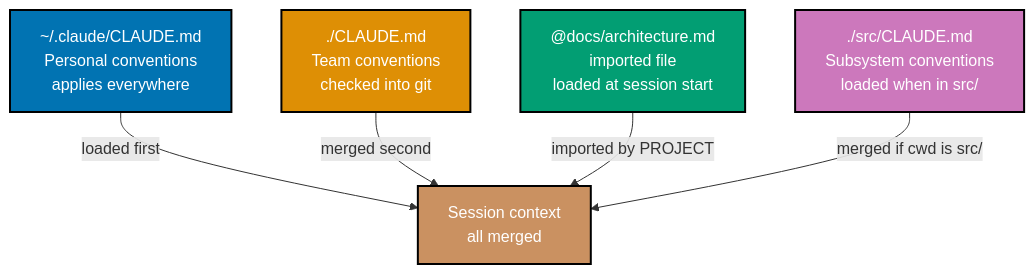
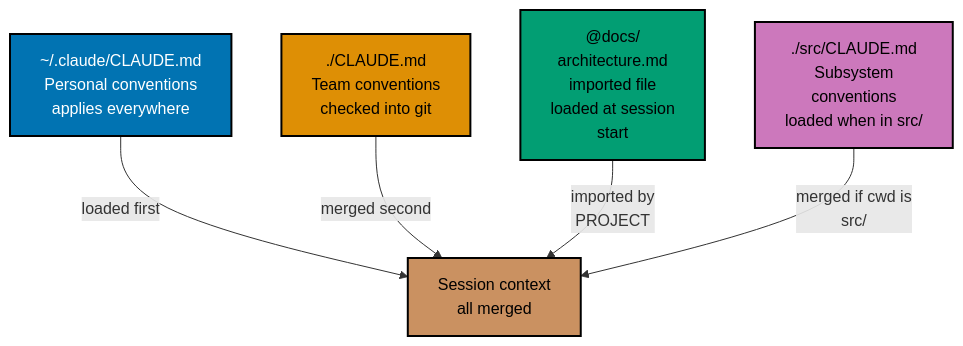
The first of 8 diagrams in apps/ayokoding-www/content/en/learn/legacy/artificial-intelligence/tools/claude-code/by-concept/intermediate.md (wahidyankf/ose-public), drawn with Mermaid before and after one commit. The commit also changed other lines of this file and 50 other files, not shown here.

First line of the commit message:
fix(mermaid): bring the docs, governance, plans, and legacy AI diagrams onto the accessible palette

````diff
--- a/apps/ayokoding-www/content/en/learn/legacy/artificial-intelligence/tools/claude-code/by-concept/intermediate.md
+++ b/apps/ayokoding-www/content/en/learn/legacy/artificial-intelligence/tools/claude-code/by-concept/intermediate.md
@@ -36,22 +36,25 @@
 ```mermaid
 %% Color Palette: Blue #0173B2, Orange #DE8F05, Teal #029E73, Purple #CC78BC, Brown #CA9161
 %% All colors are color-blind friendly and meet WCAG AA contrast standards
 
 graph TD
+    accTitle: 1. Writing Effective CLAUDE.md
+    accDescr: Graph with 5 nodes and 4 connections. Nodes: ~/.claude/CLAUDE.md Personal conventions applies everywhere, ./CLAUDE.md Team conventions checked into git, @docs/ architecture.md imported file loaded at session start, ./src/CLAUDE.md Subsystem conventions loaded when in src/, Session context all merged. Connections: ~/.claude/CLAUDE.md Personal conventions applies everywhere to Session context all merged (loaded first), ./CLAUDE.md Team conventions checked into git to Session context all merged (merged second), @docs/ architecture.md imported file loaded at session start to Session context all merged (imported by PROJECT), ./src/CLAUDE.md Subsystem conventions loaded when in src/ to Session context all merged (merged if cwd is src/).
     GLOBAL["~/.claude/CLAUDE.md<br/>Personal conventions<br/>applies everywhere"]:::blue
     PROJECT["./CLAUDE.md<br/>Team conventions<br/>checked into git"]:::orange
-    ARCH["@docs/architecture.md<br/>imported file<br/>loaded at session start"]:::teal
-    SUBDIR["./src/CLAUDE.md<br/>Subsystem conventions<br/>loaded when in src/"]:::purple
+    ARCH["@docs/<br/>architecture.md<br/>imported file<br/>loaded at session<br/>start"]:::teal
+    SUBDIR["./src/CLAUDE.md<br/>Subsystem<br/>conventions<br/>loaded when in src/"]:::purple
 
     GLOBAL -->|"loaded first"| SESSION
     PROJECT -->|"merged second"| SESSION
-    ARCH -->|"imported by PROJECT"| SESSION
-    SUBDIR -->|"merged if cwd is src/"| SESSION
+    ARCH -->|"imported by<br/>PROJECT"| SESSION
+    SUBDIR -->|"merged if cwd is<br/>src/"| SESSION
     SESSION["Session context<br/>all merged"]:::brown
 
     classDef blue fill:#0173B2,stroke:#000000,color:#FFFFFF,stroke-width:2px
-    classDef orange fill:#DE8F05,stroke:#000000,color:#FFFFFF,stroke-width:2px
-    classDef teal fill:#029E73,stroke:#000000,color:#FFFFFF,stroke-width:2px
-    classDef purple fill:#CC78BC,stroke:#000000,color:#FFFFFF,stroke-width:2px
-    classDef brown fill:#CA9161,stroke:#000000,color:#FFFFFF,stroke-width:2px
+    classDef orange fill:#DE8F05,stroke:#000000,color:#000000,stroke-width:2px
+    classDef teal fill:#029E73,stroke:#000000,color:#000000,stroke-width:2px
+    classDef purple fill:#CC78BC,stroke:#000000,color:#000000,stroke-width:2px
+    classDef brown fill:#CA9161,stroke:#000000,color:#000000,stroke-width:2px
+    classDef default fill:#FFFFFF,stroke:#000000,color:#000000
 ```
````
